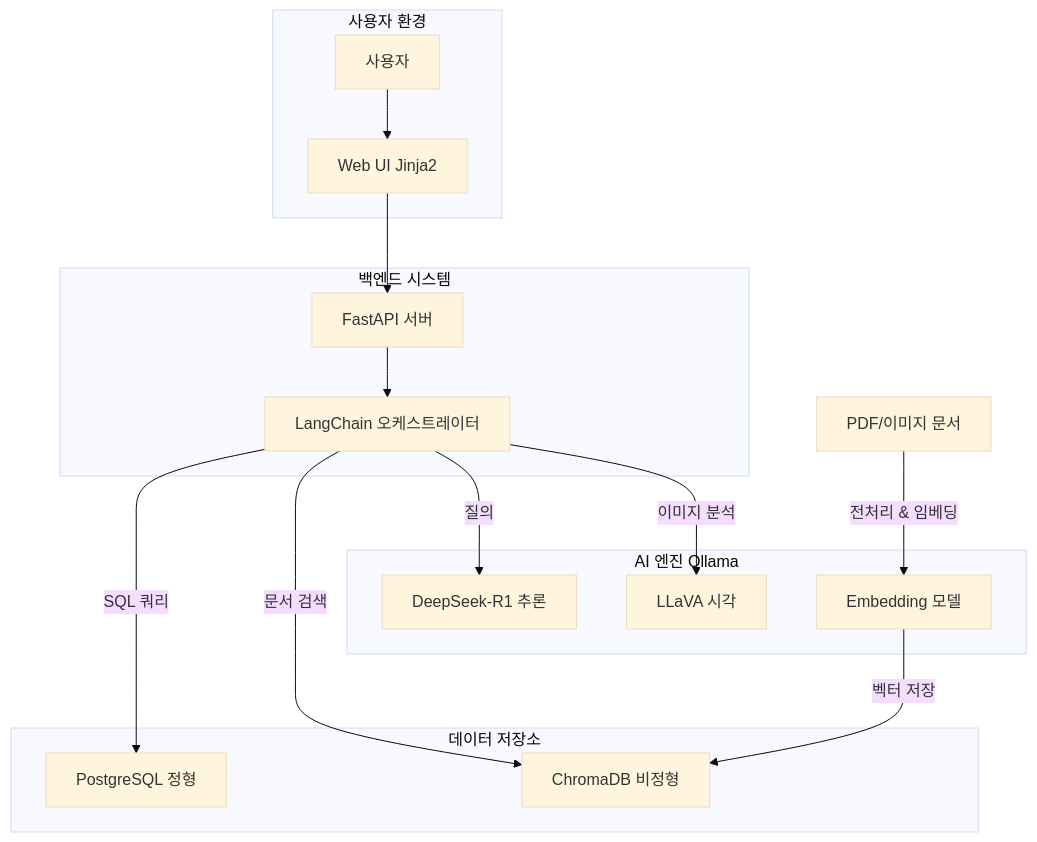
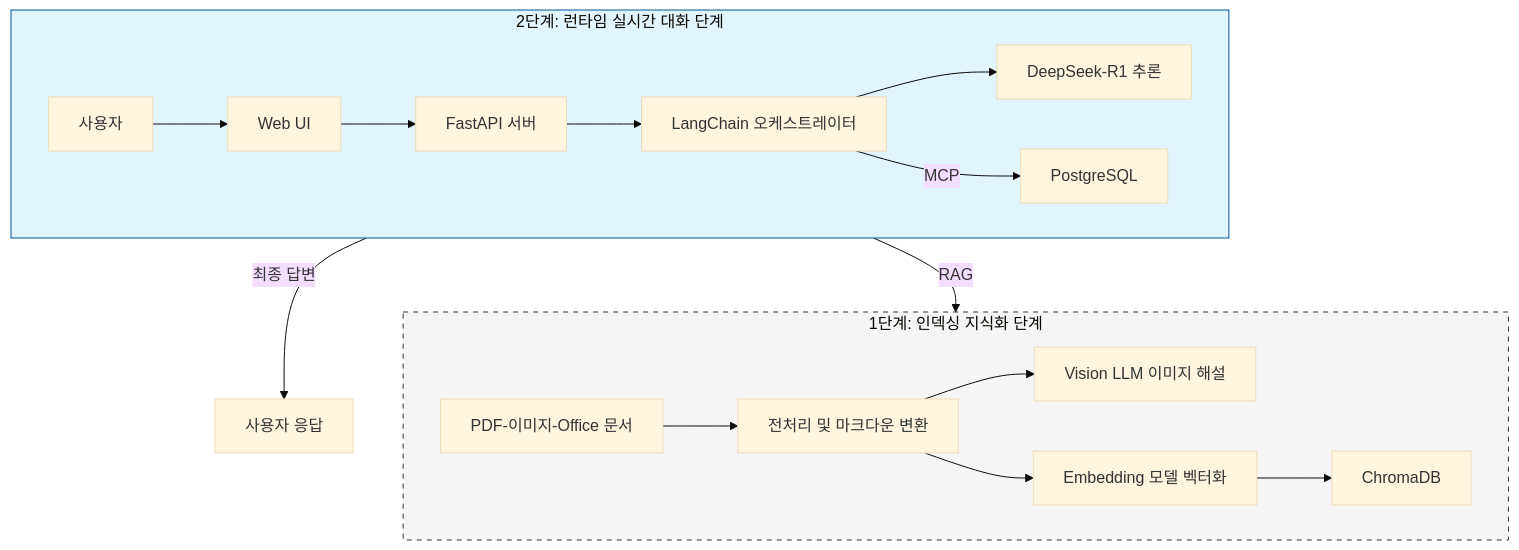
The fifth of 5 diagrams in 00_manuscript/01장_프롤로그/02.본문.md (kjh5848/ai-llm-rag), drawn with Mermaid (base theme) before and after one commit. The commit also changed 118 other files, not shown here.

````diff
--- a/00_manuscript/01장_프롤로그/02.본문.md
+++ b/00_manuscript/01장_프롤로그/02.본문.md
@@ -112,35 +112,26 @@
 ```mermaid
-graph TD
-    subgraph Client [사용자 환경]
-        User[사용자]
-        Web[Web UI Jinja2]
+flowchart TD
+    subgraph Indexing [1단계: 인덱싱 지식화 단계]
+        direction LR
+        Docs[PDF-이미지-Office 문서] --> Pre[전처리 및 마크다운 변환]
+        Pre --> Vision[Vision LLM 이미지 해설]
+        Pre --> Embed[Embedding 모델 벡터화]
+        Embed --> VectorDB[ChromaDB]
     end
 
-    subgraph Server [백엔드 시스템]
-        API[FastAPI 서버]
-        Orch[LangChain 오케스트레이터]
+    subgraph Runtime [2단계: 런타임 실시간 대화 단계]
+        direction LR
+        User[사용자] --> Web[Web UI]
+        Web --> API[FastAPI 서버]
+        API --> Orch[LangChain 오케스트레이터]
+        Orch --> LLM[DeepSeek-R1 추론]
+        Orch -->|RAG| VectorDB
+        Orch -->|MCP| SQLDB[PostgreSQL]
     end
 
-    subgraph AI [AI 엔진 Ollama]
-        LLM[DeepSeek-R1 추론]
-        Vision[LLaVA 시각]
-        Embed[Embedding 모델]
-    end
+    %% 연결부
+    LLM -->|최종 답변| user_resp[사용자 응답]
 
-    subgraph Data [데이터 저장소]
-        DB[PostgreSQL 정형]
-        Vector[ChromaDB 비정형]
-    end
-
-    User --> Web
-    Web --> API
-    API --> Orch
-    Orch -->|질의| LLM
-    Orch -->|이미지 분석| Vision
-    Orch -->|SQL 쿼리| DB
-    Orch -->|문서 검색| Vector
-
-    %% 인덱싱 파이프라인
-    Docs[PDF/이미지 문서] -->|전처리 & 임베딩| Embed
-    Embed -->|벡터 저장| Vector
+    style Indexing fill:#f5f5f5,stroke:#333,stroke-dasharray: 5
+    style Runtime fill:#e1f5fe,stroke:#01579b
 ```
````
